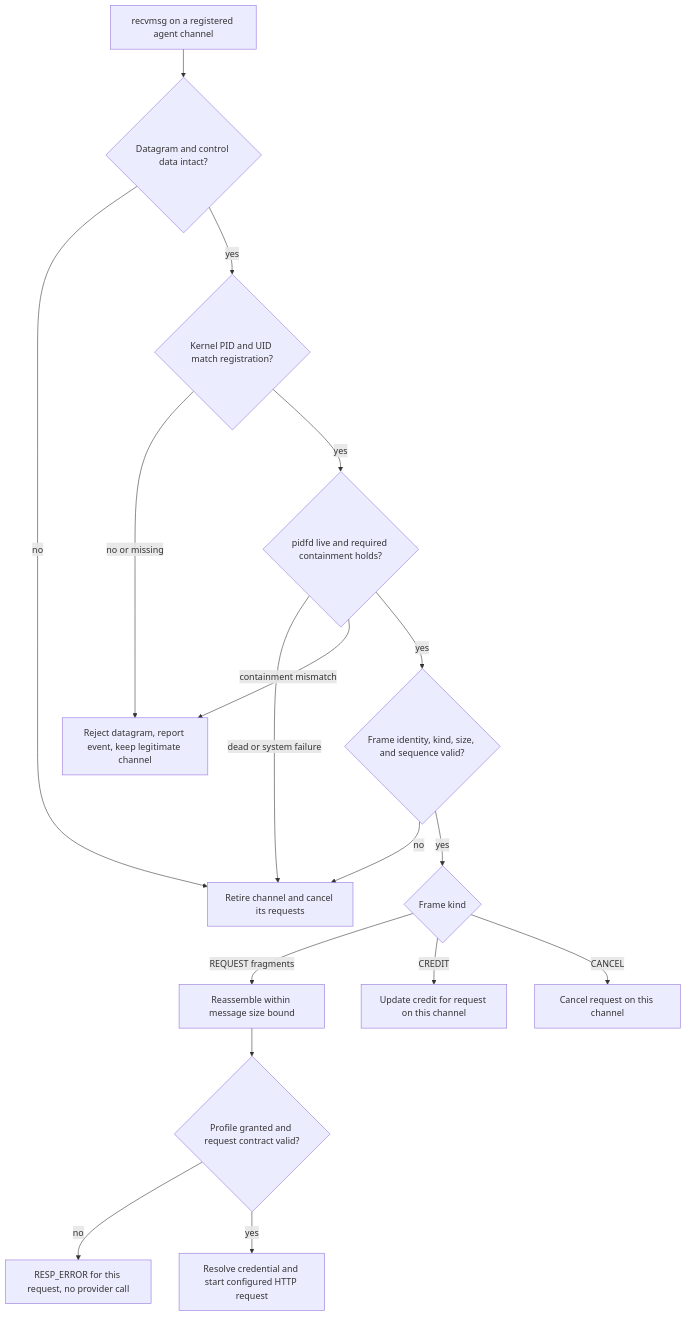
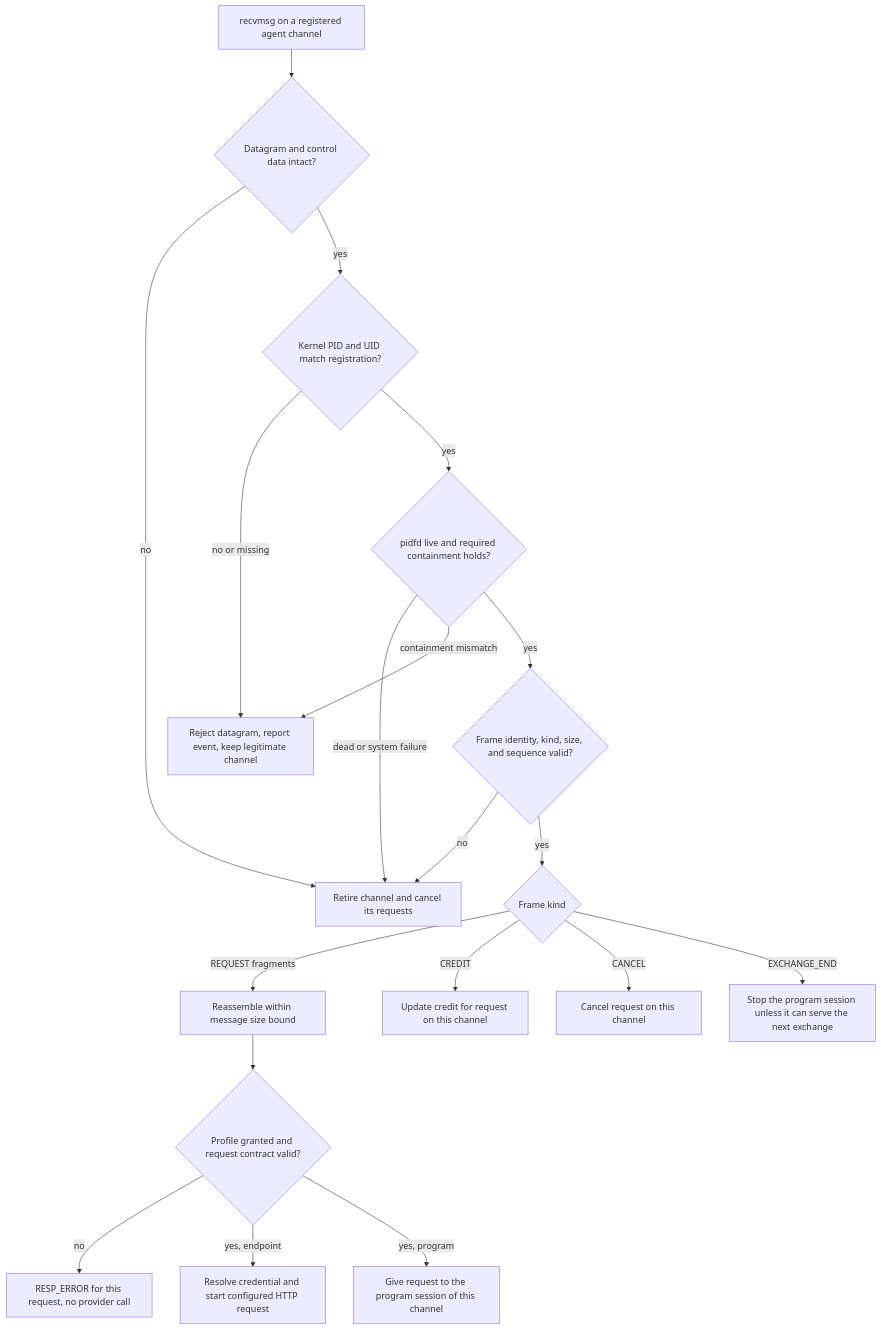
One commit to pantoniou/fyai changed the seventh of 19 diagrams in doc/agent-transport-isolation-sdd.md. Above: the diagram before and after it, drawn with Mermaid. The commit also changed other lines of this file and 4 other files, not shown here.

````diff
--- a/doc/agent-transport-isolation-sdd.md
+++ b/doc/agent-transport-isolation-sdd.md
@@ -511,19 +511,21 @@
 ```mermaid
 flowchart TD
     R[recvmsg on a registered agent channel] --> L{Datagram and control data intact?}
     L -->|no| F[Retire channel and cancel its requests]
     L -->|yes| C{Kernel PID and UID match registration?}
     C -->|no or missing| J[Reject datagram, report event, keep legitimate channel]
     C -->|yes| P{pidfd live and required containment holds?}
     P -->|dead or system failure| F
     P -->|containment mismatch| J
     P -->|yes| H{Frame identity, kind, size, and sequence valid?}
     H -->|no| F
     H -->|yes| K{Frame kind}
     K -->|REQUEST fragments| A[Reassemble within message size bound]
     K -->|CREDIT| B[Update credit for request on this channel]
     K -->|CANCEL| D[Cancel request on this channel]
+    K -->|EXCHANGE_END| X[Stop the program session unless it can serve the next exchange]
     A --> G{Profile granted and request contract valid?}
     G -->|no| E[RESP_ERROR for this request, no provider call]
-    G -->|yes| Q[Resolve credential and start configured HTTP request]
+    G -->|yes, endpoint| Q[Resolve credential and start configured HTTP request]
+    G -->|yes, program| Y[Give request to the program session of this channel]
 ```
````
